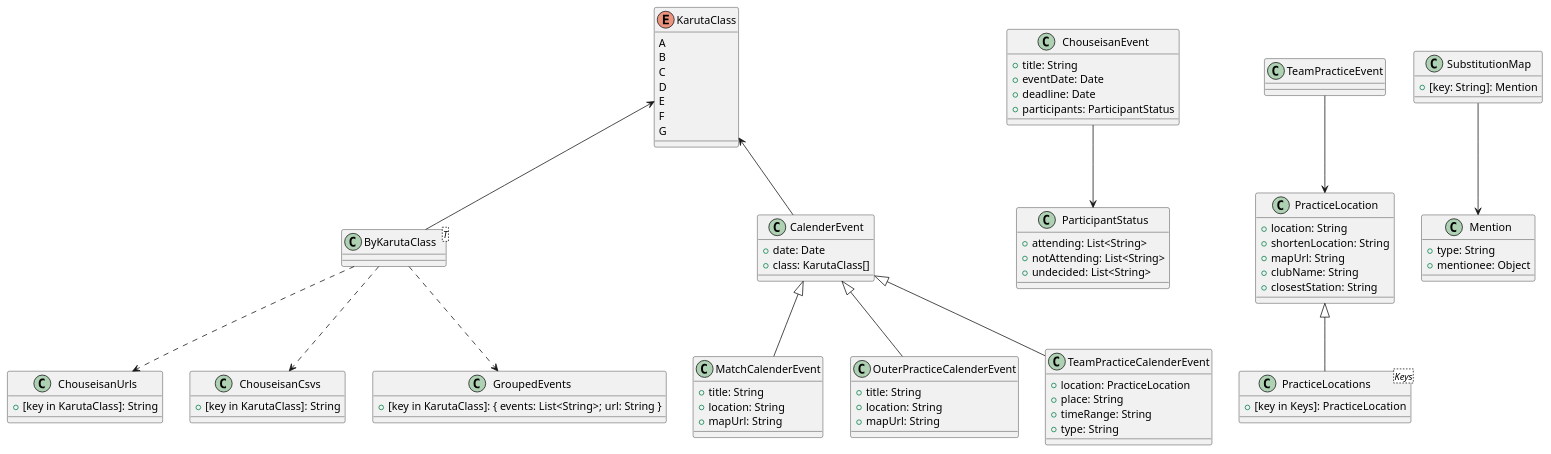
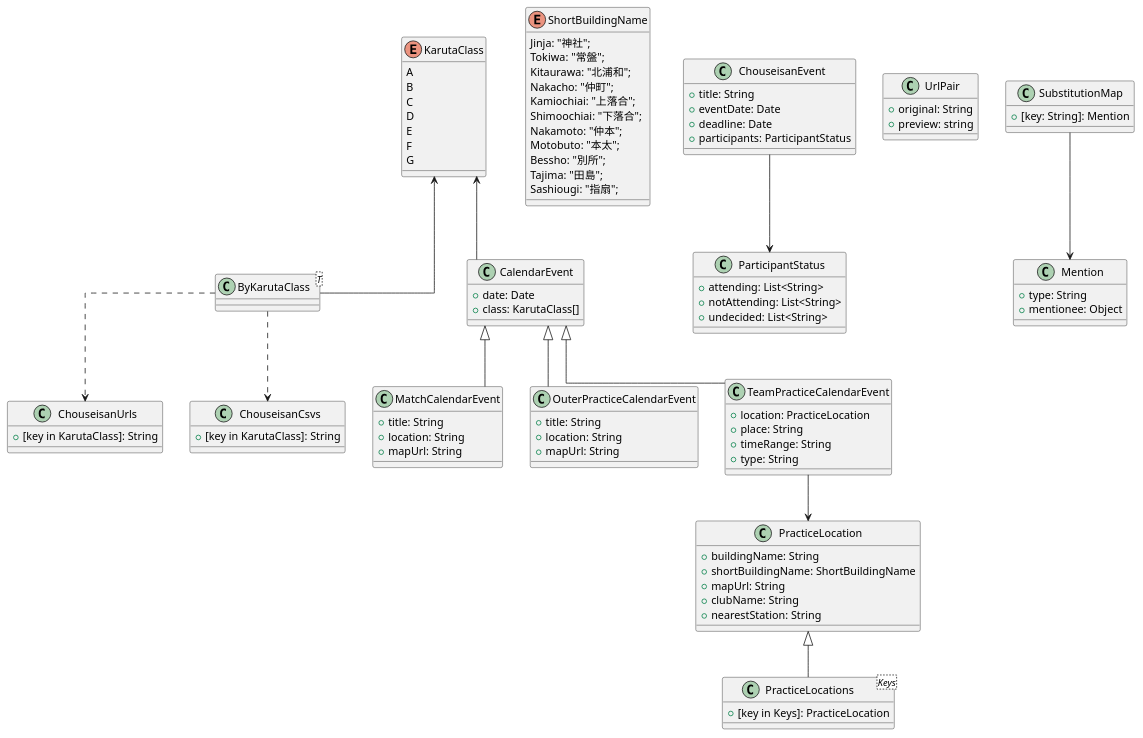
One commit to fal-math/line-bot-tools changed the diagram in diagram/type.puml. Above: the diagram before and after it, drawn with PlantUML. The commit also changed 12 other files, not shown here.

First line of the commit message:
Refactor calendar event handling and centralize logic in CalendarService

```diff
--- a/diagram/type.puml
+++ b/diagram/type.puml
@@ -1,100 +1,121 @@
 @startuml Class Diagram of Types
+skinparam linetype ortho
+
 enum KarutaClass {
   A
   B
   C
   D
   E
   F
   G
+}
+
+enum ShortBuildingName {
+  Jinja: "神社";
+  Tokiwa: "常盤";
+  Kitaurawa: "北浦和";
+  Nakacho: "仲町";
+  Kamiochiai: "上落合";
+  Shimoochiai: "下落合";
+  Nakamoto: "仲本";
+  Motobuto: "本太";
+  Bessho: "別所";
+  Tajima: "田島";
+  Sashiougi: "指扇";
 }
 
 class ByKarutaClass<T> {
 }
 
 class ChouseisanUrls {
   +[key in KarutaClass]: String
 }
 class ChouseisanCsvs {
   +[key in KarutaClass]: String
 }
 
-class GroupedEvents {
-  +[key in KarutaClass]: { events: List<String>; url: String }
-}
+' class GroupedEvents {
+'   +[key in KarutaClass]: { events: List<String>; url: String }
+' }
 
-class CalenderEvent {
+class CalendarEvent {
   +date: Date
   +class: KarutaClass[]
 }
 
 class ChouseisanEvent {
   +title: String
   +eventDate: Date
   +deadline: Date
   +participants: ParticipantStatus
 }
 
-class MatchCalenderEvent {
+class MatchCalendarEvent {
   +title: String
   +location: String
   +mapUrl: String
 }
 
-class OuterPracticeCalenderEvent {
+class OuterPracticeCalendarEvent {
   +title: String
   +location: String
   +mapUrl: String
 }
 
-class TeamPracticeCalenderEvent {
+class TeamPracticeCalendarEvent {
   +location: PracticeLocation
   +place: String
   +timeRange: String
   +type: String
 }
 
 
-CalenderEvent <|-- TeamPracticeCalenderEvent
-CalenderEvent <|-- MatchCalenderEvent
-CalenderEvent <|-- OuterPracticeCalenderEvent
+CalendarEvent <|-- TeamPracticeCalendarEvent
+CalendarEvent <|-- MatchCalendarEvent
+CalendarEvent <|-- OuterPracticeCalendarEvent
 
 ' PracticeLocation
 class PracticeLocation {
-  +location: String
-  +shortenLocation: String
+  +buildingName: String
+  +shortBuildingName: ShortBuildingName
   +mapUrl: String
   +clubName: String
-  +closestStation: String
+  +nearestStation: String
 }
 
 class PracticeLocations<Keys> {
   +[key in Keys]: PracticeLocation
 }
 
 class ParticipantStatus {
   +attending: List<String>
   +notAttending: List<String>
   +undecided: List<String>
 }
 
 
+class UrlPair {
+  +original: String
+  +preview: string
+}
+
 class Mention {
   +type: String
   +mentionee: Object
 }
 
 class SubstitutionMap {
   +[key: String]: Mention
 }
 
 PracticeLocation <|-- PracticeLocations
 ByKarutaClass -up-> KarutaClass
-CalenderEvent -up-> KarutaClass
+CalendarEvent -up-> KarutaClass
 ByKarutaClass ..> ChouseisanUrls
 ByKarutaClass ..> ChouseisanCsvs
-ByKarutaClass ..> GroupedEvents
+' ByKarutaClass ..> GroupedEvents
 ChouseisanEvent --> ParticipantStatus
-TeamPracticeEvent --> PracticeLocation
+TeamPracticeCalendarEvent --> PracticeLocation
 SubstitutionMap --> Mention
 @enduml
```
